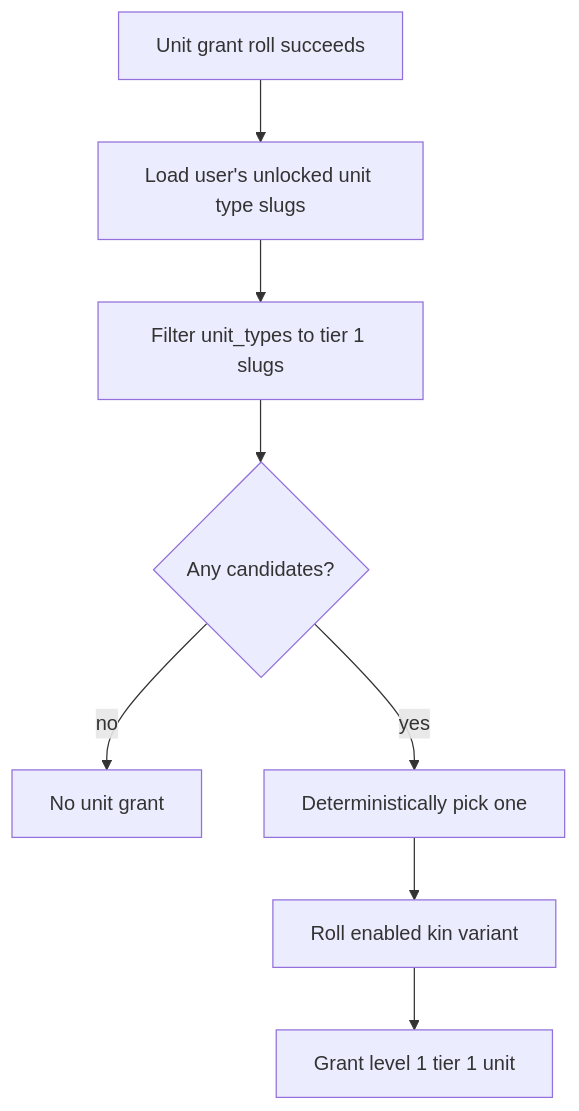
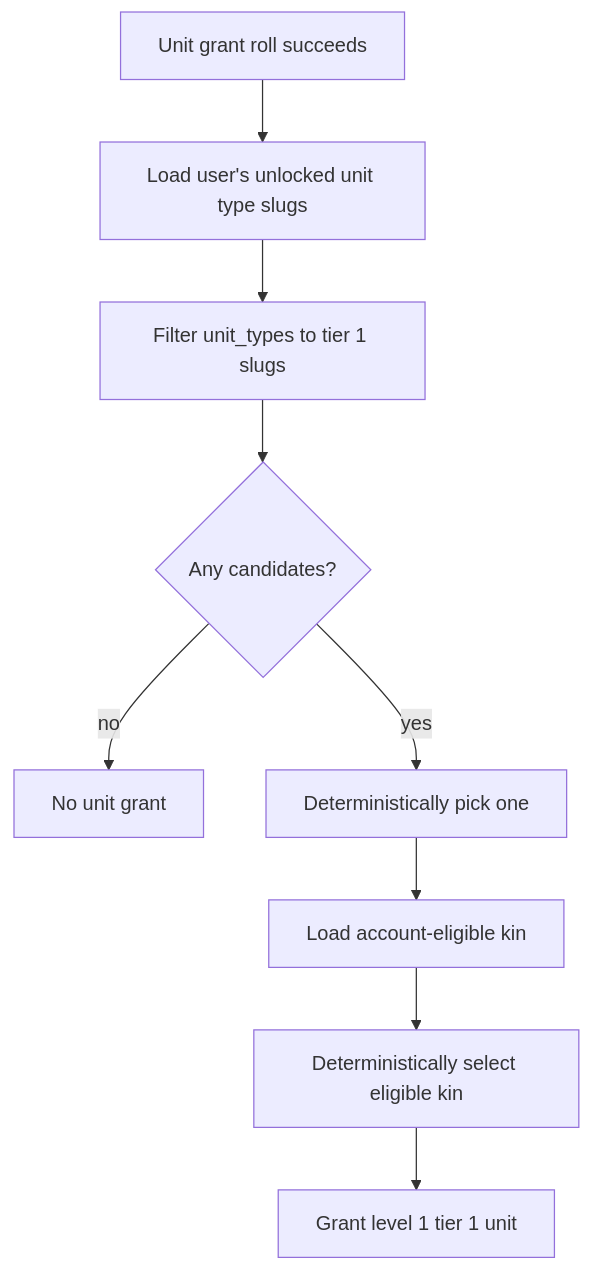
Before and after one commit to NickGrant/DiceGoblin: the second of 2 diagrams in documentation/02-systems/06-loot-determination.md, drawn with Mermaid. The commit also changed other lines of this file, not shown here.

Commit message:
docs: align unit grants with pig kin first ownership

````diff
--- a/documentation/02-systems/06-loot-determination.md
+++ b/documentation/02-systems/06-loot-determination.md
@@ -81,10 +86,11 @@
 ```mermaid
 flowchart TD
   A[Unit grant roll succeeds] --> B[Load user's unlocked unit type slugs]
   B --> C[Filter unit_types to tier 1 slugs]
   C --> D{Any candidates?}
   D -- no --> E[No unit grant]
   D -- yes --> F[Deterministically pick one]
-  F --> G[Roll enabled kin variant]
-  G --> H[Grant level 1 tier 1 unit]
+  F --> G[Load account-eligible kin]
+  G --> H[Deterministically select eligible kin]
+  H --> I[Grant level 1 tier 1 unit]
 ```
````
